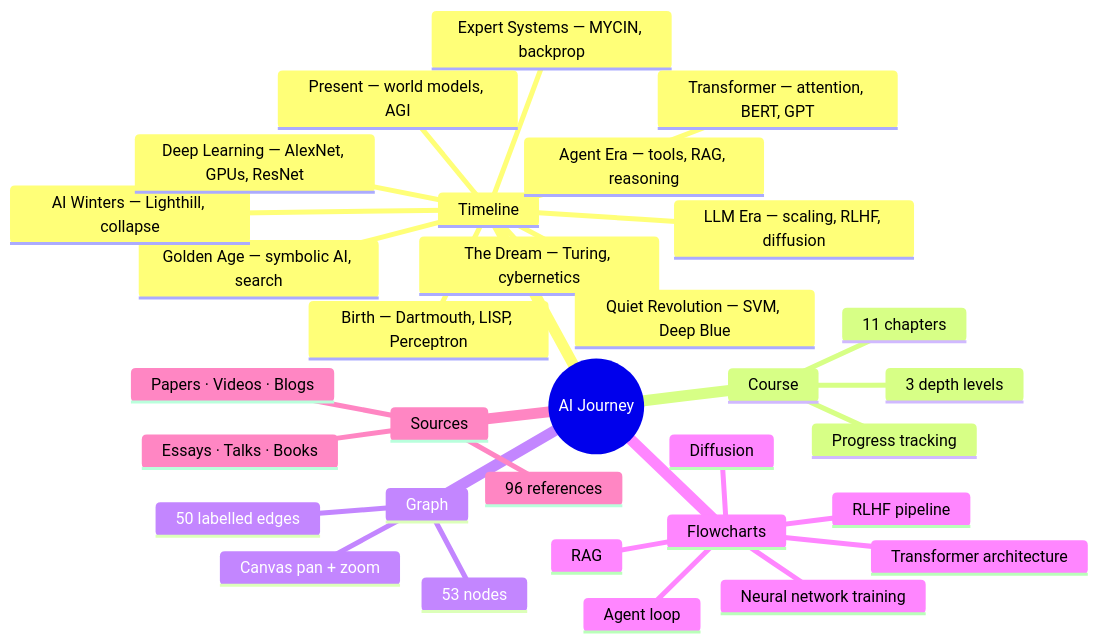
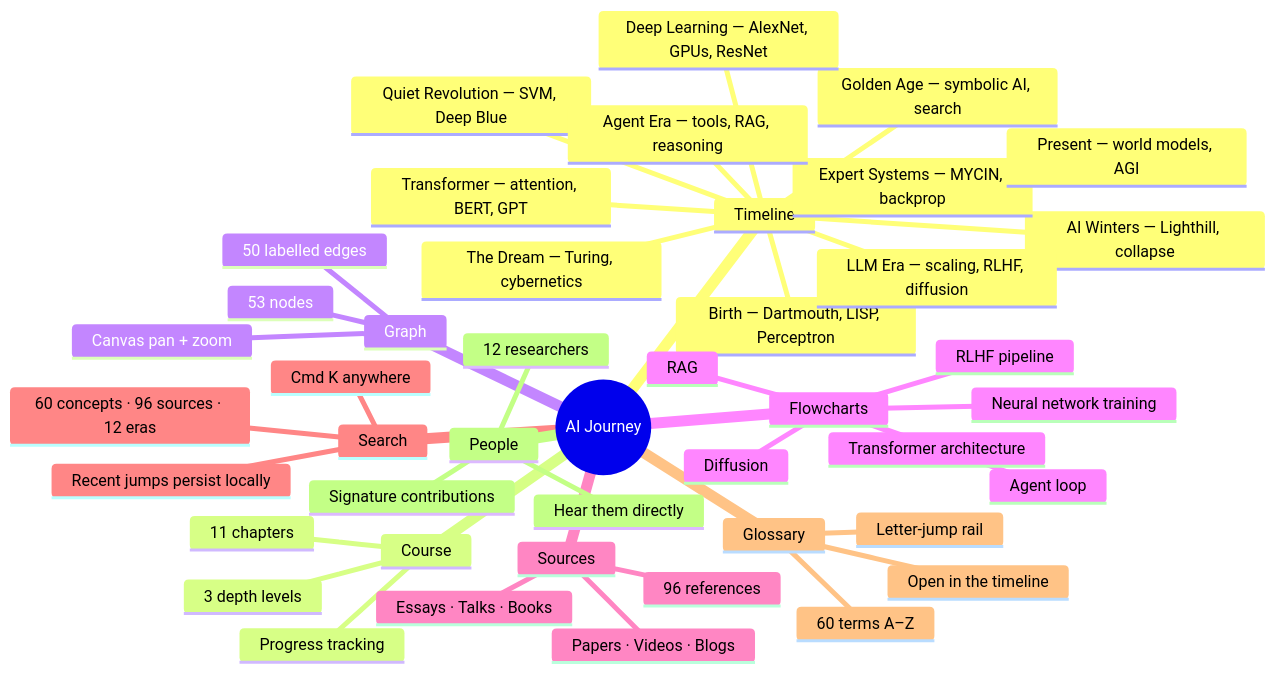
One commit to aniruddhaadak80/ai-journey changed the diagram in docs/diagrams/08-mindmap.mmd. Above: the diagram before and after it, drawn with Mermaid. The commit also changed 20 other files, not shown here.

First line of the commit message:
feat: command palette, glossary, people, deep links, 404, PWA manifest

```diff
--- a/docs/diagrams/08-mindmap.mmd
+++ b/docs/diagrams/08-mindmap.mmd
@@ -1,33 +1,45 @@
 mindmap
   root((AI Journey))
     Timeline
       The Dream — Turing, cybernetics
       Birth — Dartmouth, LISP, Perceptron
       Golden Age — symbolic AI, search
       AI Winters — Lighthill, collapse
       Expert Systems — MYCIN, backprop
       Quiet Revolution — SVM, Deep Blue
       Deep Learning — AlexNet, GPUs, ResNet
       Transformer — attention, BERT, GPT
       LLM Era — scaling, RLHF, diffusion
       Agent Era — tools, RAG, reasoning
       Present — world models, AGI
     Course
       11 chapters
       Progress tracking
       3 depth levels
     Graph
       53 nodes
       50 labelled edges
       Canvas pan + zoom
     Flowcharts
       Neural network training
       Transformer architecture
       RLHF pipeline
       Agent loop
       Diffusion
       RAG
     Sources
       96 references
       Papers · Videos · Blogs
       Essays · Talks · Books
+    Search
+      Cmd K anywhere
+      60 concepts · 96 sources · 12 eras
+      Recent jumps persist locally
+    Glossary
+      60 terms A–Z
+      Letter-jump rail
+      Open in the timeline
+    People
+      12 researchers
+      Signature contributions
+      Hear them directly
```
